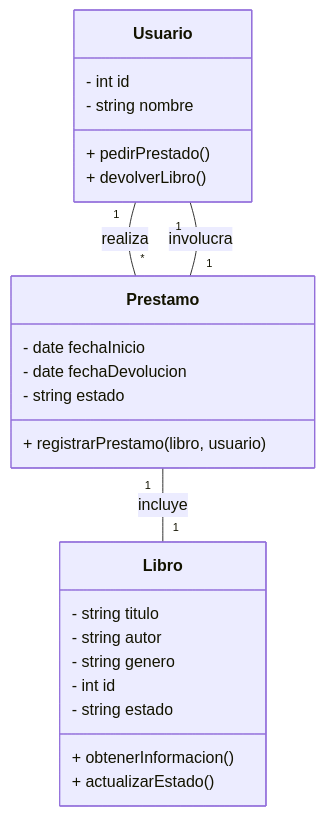
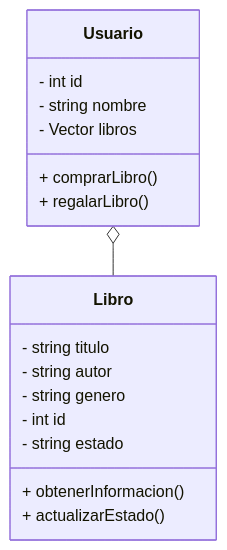
The second of 4 diagrams in 6. EjerciciosCod1Relaciones.md (lufe089/POO), drawn with Mermaid before and after one commit. The commit also changed other lines of this file, not shown here.

Commit message:
Mod Simplifica relaciones

````diff
--- a/6. EjerciciosCod1Relaciones.md
+++ b/6. EjerciciosCod1Relaciones.md
@@ -42,30 +43,22 @@
 ```mermaid
 classDiagram
     class Libro {
         - string titulo
         - string autor
         - string genero
         - int id
         - string estado
         + obtenerInformacion()
         + actualizarEstado()
     }
     
     class Usuario {
         - int id
         - string nombre
-        + pedirPrestado()
-        + devolverLibro()
+        - Vector libros
+        + comprarLibro()
+        + regalarLibro() 
     }
-    
-    class Prestamo {
-        - date fechaInicio
-        - date fechaDevolucion
-        - string estado
-        + registrarPrestamo(libro, usuario)
-    }
-    
-    Usuario "1" -- "*" Prestamo : realiza
-    Prestamo "1" -- "1" Libro : incluye
-    Prestamo "1" -- "1" Usuario : involucra
+
+    Usuario o-- Libro
 ```
````
